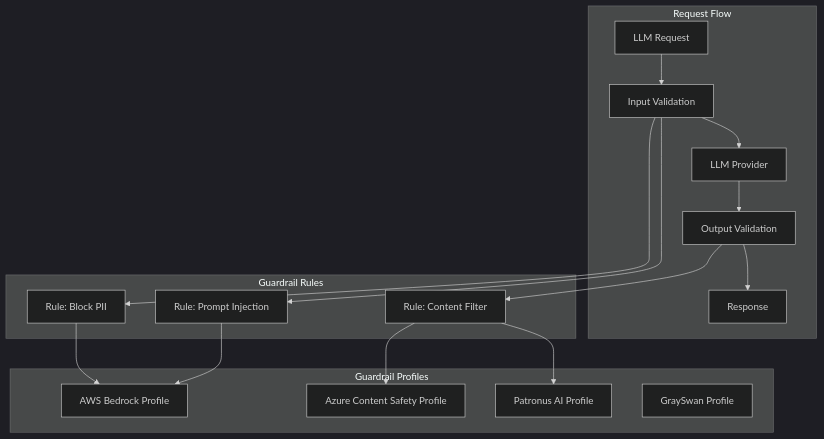
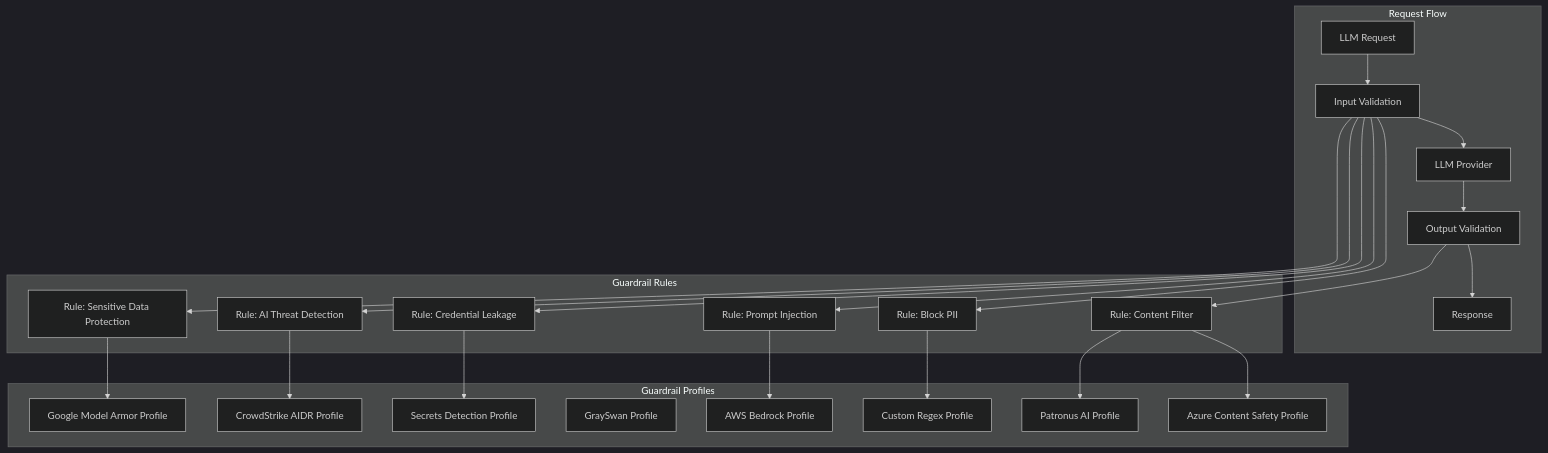
Before and after one commit to StogasAI/gateway: the diagram in docs/enterprise/guardrails.mdx, drawn with Mermaid (dark theme). The commit also changed other lines of this file and 2404 other files, not shown here.

````diff
--- a/docs/enterprise/guardrails.mdx
+++ b/docs/enterprise/guardrails.mdx
@@ -56,31 +85,44 @@
 ```mermaid
 flowchart TB
     subgraph request_flow [Request Flow]
         Request[LLM Request] --> InputValidation[Input Validation]
         InputValidation --> LLMProvider[LLM Provider]
         LLMProvider --> OutputValidation[Output Validation]
         OutputValidation --> Response[Response]
     end
 
     subgraph rules [Guardrail Rules]
         Rule1[Rule: Block PII]
         Rule2[Rule: Content Filter]
         Rule3[Rule: Prompt Injection]
+        Rule4[Rule: Credential Leakage]
+        Rule5[Rule: AI Threat Detection]
+        Rule6[Rule: Sensitive Data Protection]
     end
 
     subgraph profiles [Guardrail Profiles]
         Profile1[AWS Bedrock Profile]
         Profile2[Azure Content Safety Profile]
         Profile3[Patronus AI Profile]
         Profile4[GraySwan Profile]
+        Profile5[Secrets Detection Profile]
+        Profile6[Custom Regex Profile]
+        Profile7[CrowdStrike AIDR Profile]
+        Profile8[Google Model Armor Profile]
     end
 
     InputValidation --> Rule1
     InputValidation --> Rule3
+    InputValidation --> Rule4
+    InputValidation --> Rule5
+    InputValidation --> Rule6
     OutputValidation --> Rule2
 
-    Rule1 --> Profile1
+    Rule1 --> Profile6
     Rule2 --> Profile2
     Rule2 --> Profile3
     Rule3 --> Profile1
+    Rule4 --> Profile5
+    Rule5 --> Profile7
+    Rule6 --> Profile8
 ```
````
